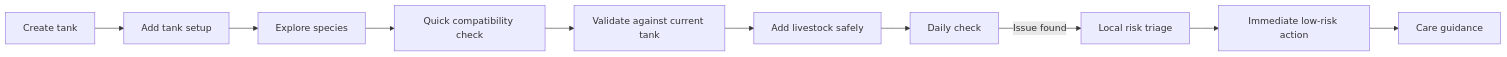
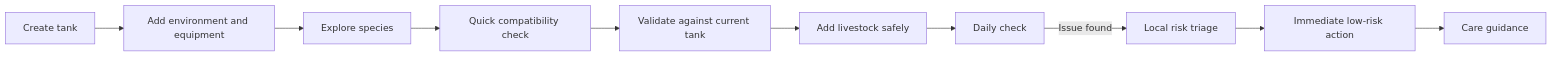
One commit to chusday97/aquaguide-tank-guide changed the third of 4 diagrams in README.md. Above: the diagram before and after it, drawn with Mermaid. The commit also changed other lines of this file, not shown here.

````diff
--- a/README.md
+++ b/README.md
@@ -21,12 +204,12 @@
 ```mermaid
 flowchart LR
-  A[Create tank] --> B[Add tank setup]
+  A[Create tank] --> B[Add environment and equipment]
   B --> C[Explore species]
   C --> D[Quick compatibility check]
   D --> E[Validate against current tank]
   E --> F[Add livestock safely]
   F --> G[Daily check]
   G -->|Issue found| H[Local risk triage]
   H --> I[Immediate low-risk action]
   I --> J[Care guidance]
 ```
````
